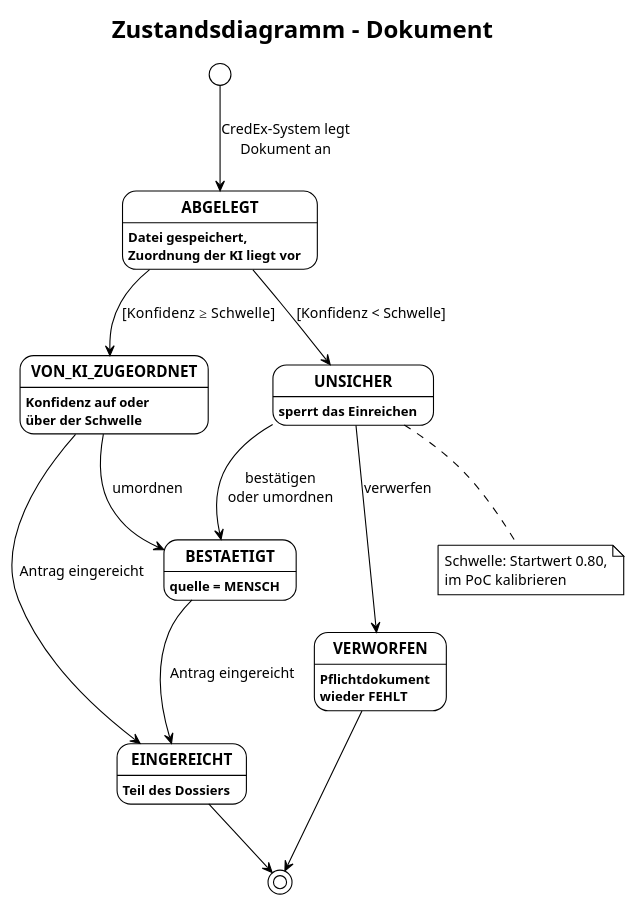
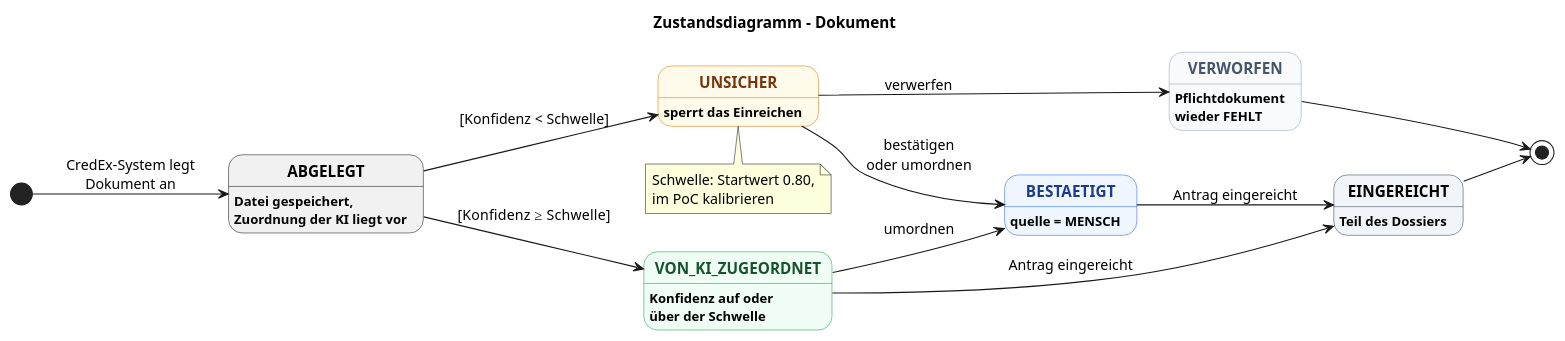
Before and after one commit to chocobear26/credex-cas: the diagram in content/state_chart/dokumentStateChart.puml, drawn with PlantUML. The commit also changed 43 other files, not shown here.

First line of the commit message:
v1.1 Lesbarere Diagramme: PlantUML-Stil, Soll-Prozess als BPMN, Systemkontext in D2

```diff
--- a/content/state_chart/dokumentStateChart.puml
+++ b/content/state_chart/dokumentStateChart.puml
@@ -1,30 +1,30 @@
 @startuml DokumentStateChart
-!theme plain
+left to right direction
 skinparam stateFontStyle bold
 
 title Zustandsdiagramm – Dokument
 
+state ABGELEGT : Datei gespeichert,\nZuordnung der KI liegt vor
+state VON_KI_ZUGEORDNET #F0FDF4;line:16A34A;text:14532D : Konfidenz auf oder\nüber der Schwelle
+state UNSICHER #FFFBEB;line:D97706;text:78350F : sperrt das Einreichen
+state BESTAETIGT #EFF6FF;line:2563EB;text:1E3A8A : quelle = MENSCH
+state VERWORFEN #F8FAFC;line:94A3B8;text:475569 : Pflichtdokument\nwieder FEHLT
+state EINGEREICHT #F1F5F9;line:334155 : Teil des Dossiers
+
 [*] --> ABGELEGT : CredEx-System legt\nDokument an
 ABGELEGT --> VON_KI_ZUGEORDNET : [Konfidenz ≥ Schwelle]
 ABGELEGT --> UNSICHER : [Konfidenz < Schwelle]
+VON_KI_ZUGEORDNET --> BESTAETIGT : umordnen
 UNSICHER --> BESTAETIGT : bestätigen\noder umordnen
-VON_KI_ZUGEORDNET --> BESTAETIGT : umordnen
 UNSICHER --> VERWORFEN : verwerfen
 VON_KI_ZUGEORDNET --> EINGEREICHT : Antrag eingereicht
 BESTAETIGT --> EINGEREICHT : Antrag eingereicht
+EINGEREICHT --> [*]
 VERWORFEN --> [*]
-EINGEREICHT --> [*]
-
-state ABGELEGT : Datei gespeichert,\nZuordnung der KI liegt vor
-state VON_KI_ZUGEORDNET : Konfidenz auf oder\nüber der Schwelle
-state UNSICHER : sperrt das Einreichen
-state BESTAETIGT : quelle = MENSCH
-state VERWORFEN : Pflichtdokument\nwieder FEHLT
-state EINGEREICHT : Teil des Dossiers
 
 note bottom of UNSICHER
   Schwelle: Startwert 0.80,
   im PoC kalibrieren
 end note
 
 @enduml
```
